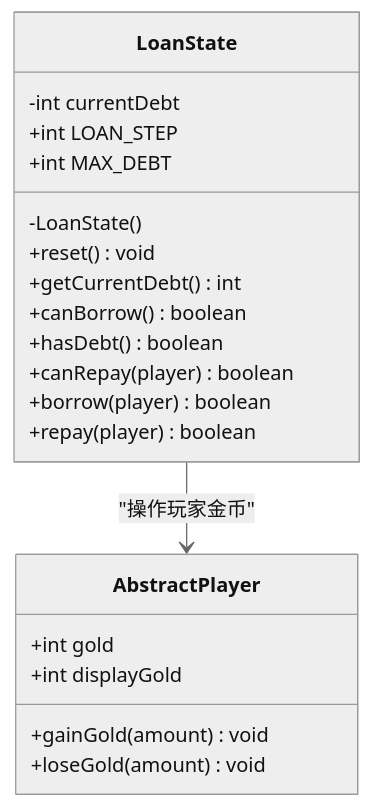
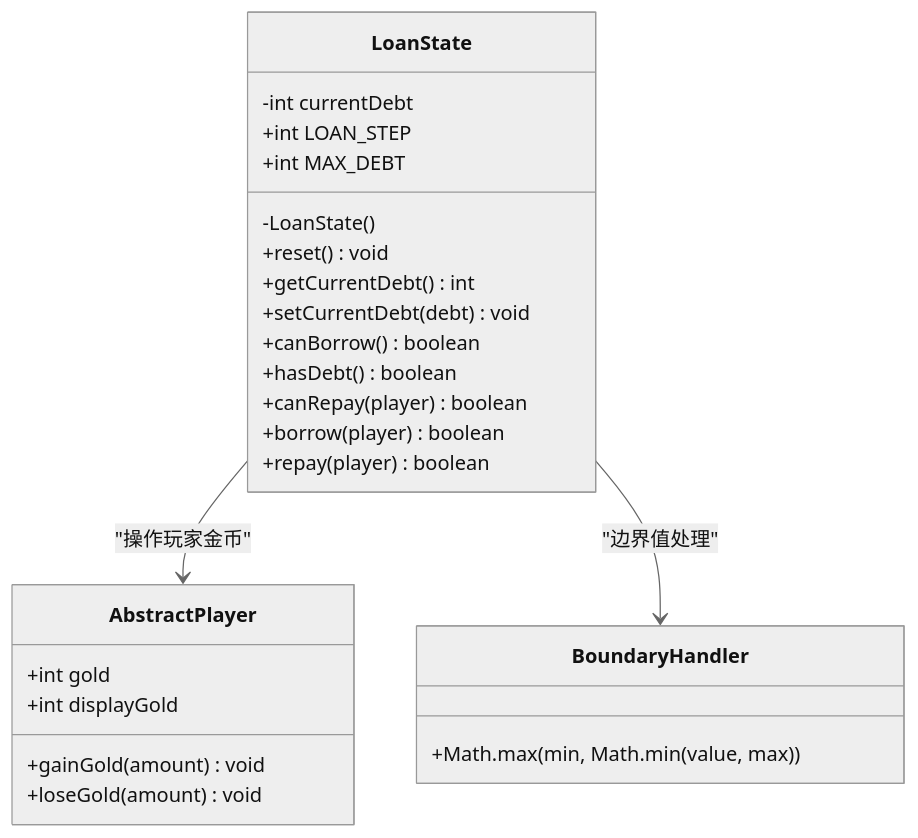
The third of 9 diagrams in .qoder/repowiki/zh/content/状态管理.md (StephenZhuang/SpireMod), drawn with Mermaid (neutral theme) before and after one commit. The commit also changed other lines of this file and 35 other files, not shown here.

````diff
--- a/.qoder/repowiki/zh/content/状态管理.md
+++ b/.qoder/repowiki/zh/content/状态管理.md
@@ -167,23 +201,28 @@
 ```mermaid
 classDiagram
 class LoanState {
 -int currentDebt
 +int LOAN_STEP
 +int MAX_DEBT
 -LoanState()
 +reset() void
 +getCurrentDebt() int
++setCurrentDebt(debt) void
 +canBorrow() boolean
 +hasDebt() boolean
 +canRepay(player) boolean
 +borrow(player) boolean
 +repay(player) boolean
 }
 class AbstractPlayer {
 +int gold
 +int displayGold
 +gainGold(amount) void
 +loseGold(amount) void
 }
+class BoundaryHandler {
++Math.max(min, Math.min(value, max))
+}
 LoanState --> AbstractPlayer : "操作玩家金币"
+LoanState --> BoundaryHandler : "边界值处理"
 ```
````
